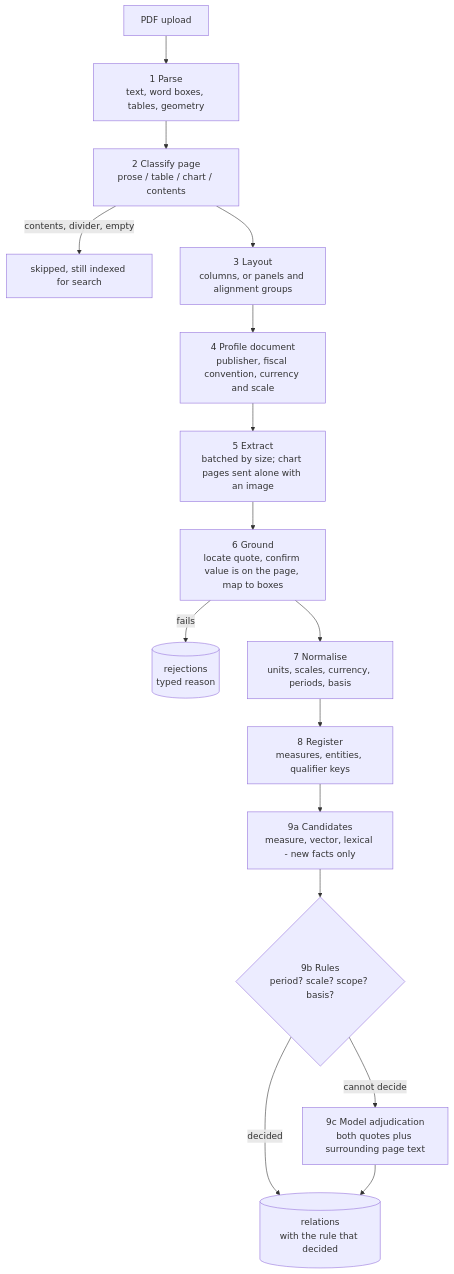
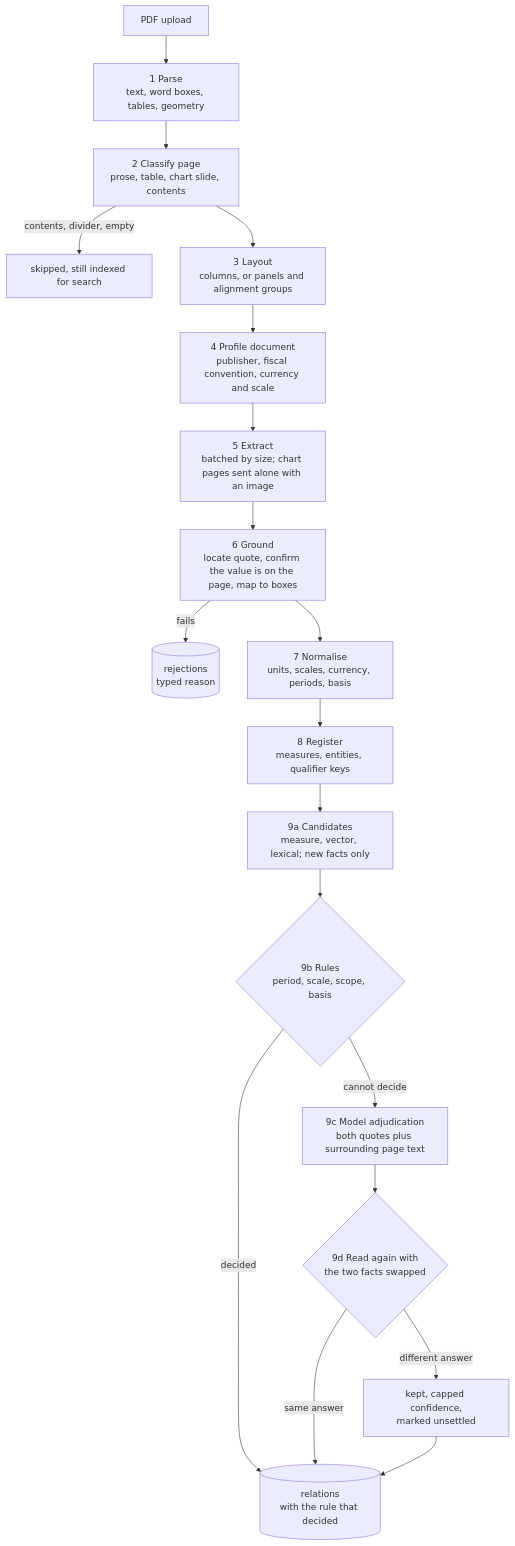
The diagram in docs/TECHNICAL.md (Bihan-Banerjee/Superjoin-Task), drawn with Mermaid before and after one commit. The commit also changed other lines of this file, not shown here.

````diff
--- a/docs/TECHNICAL.md
+++ b/docs/TECHNICAL.md
@@ -236,18 +311,21 @@
 ```mermaid
 flowchart TD
-    PDF[PDF upload] --> Parse[1 Parse<br/>text, word boxes, tables, geometry]
-    Parse --> Classify[2 Classify page<br/>prose / table / chart / contents]
-    Classify -->|contents, divider, empty| Skip[skipped, still indexed for search]
-    Classify --> Layout[3 Layout<br/>columns, or panels and alignment groups]
-    Layout --> Profile[4 Profile document<br/>publisher, fiscal convention, currency and scale]
-    Profile --> Extract[5 Extract<br/>batched by size; chart pages sent alone with an image]
-    Extract --> Ground[6 Ground<br/>locate quote, confirm value is on the page, map to boxes]
-    Ground -->|fails| Reject[(rejections<br/>typed reason)]
-    Ground --> Norm[7 Normalise<br/>units, scales, currency, periods, basis]
-    Norm --> Registry[8 Register<br/>measures, entities, qualifier keys]
-    Registry --> Candidates[9a Candidates<br/>measure, vector, lexical - new facts only]
-    Candidates --> Rules{9b Rules<br/>period? scale? scope? basis?}
-    Rules -->|decided| Relations[(relations<br/>with the rule that decided)]
-    Rules -->|cannot decide| Model[9c Model adjudication<br/>both quotes plus surrounding page text]
-    Model --> Relations
+    PDF["PDF upload"] --> Parse["1 Parse<br/>text, word boxes, tables, geometry"]
+    Parse --> Classify["2 Classify page<br/>prose, table, chart slide, contents"]
+    Classify -->|"contents, divider, empty"| Skip["skipped, still indexed for search"]
+    Classify --> Layout["3 Layout<br/>columns, or panels and alignment groups"]
+    Layout --> Profile["4 Profile document<br/>publisher, fiscal convention, currency and scale"]
+    Profile --> Extract["5 Extract<br/>batched by size; chart pages sent alone with an image"]
+    Extract --> Ground["6 Ground<br/>locate quote, confirm the value is on the page, map to boxes"]
+    Ground -->|"fails"| Reject[("rejections<br/>typed reason")]
+    Ground --> Norm["7 Normalise<br/>units, scales, currency, periods, basis"]
+    Norm --> Registry["8 Register<br/>measures, entities, qualifier keys"]
+    Registry --> Candidates["9a Candidates<br/>measure, vector, lexical; new facts only"]
+    Candidates --> Rules{"9b Rules<br/>period, scale, scope, basis"}
+    Rules -->|"decided"| Relations[("relations<br/>with the rule that decided")]
+    Rules -->|"cannot decide"| Model["9c Model adjudication<br/>both quotes plus surrounding page text"]
+    Model --> Swap{"9d Read again with<br/>the two facts swapped"}
+    Swap -->|"same answer"| Relations
+    Swap -->|"different answer"| Unsettled["kept, capped confidence,<br/>marked unsettled"]
+    Unsettled --> Relations
 ```
````
